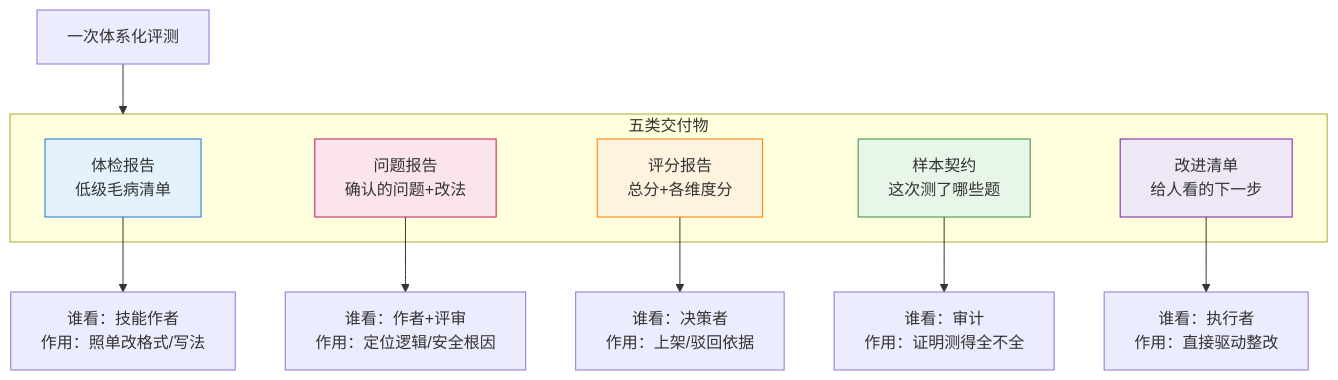
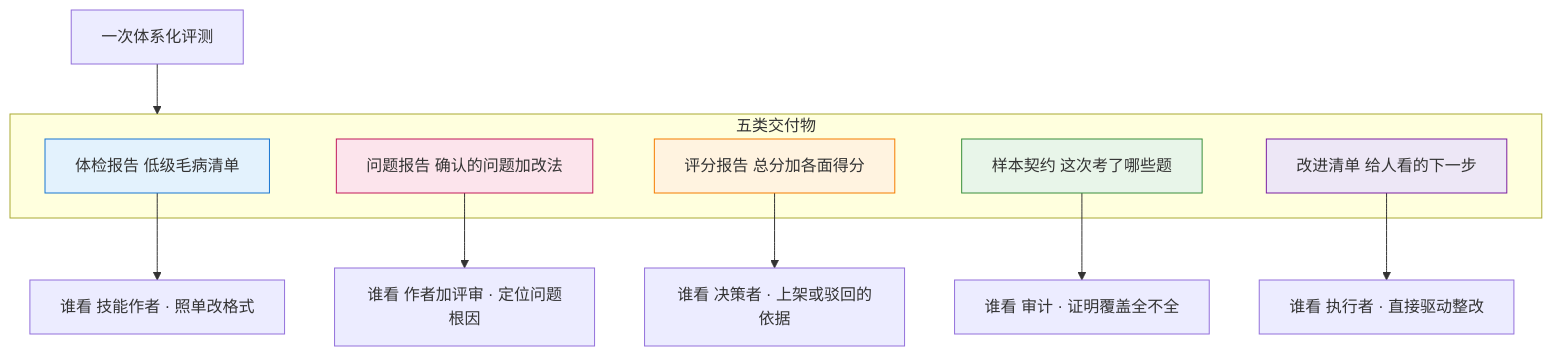
The tenth of 14 diagrams in references/skill-evaluation-system.md (huanggq26/skill-evaluator), drawn with Mermaid before and after one commit. The commit also changed other lines of this file, not shown here.

````diff
--- a/references/skill-evaluation-system.md
+++ b/references/skill-evaluation-system.md
@@ -279,21 +340,21 @@
 ```mermaid
 flowchart TB
     评测[一次体系化评测] --> 产物
     subgraph 产物[五类交付物]
-        P1[体检报告<br/>低级毛病清单]
-        P2[问题报告<br/>确认的问题+改法]
-        P3[评分报告<br/>总分+各维度分]
-        P4[样本契约<br/>这次测了哪些题]
-        P5[改进清单<br/>给人看的下一步]
+        P1[体检报告 低级毛病清单]
+        P2[问题报告 确认的问题加改法]
+        P3[评分报告 总分加各面得分]
+        P4[样本契约 这次考了哪些题]
+        P5[改进清单 给人看的下一步]
     end
-    P1 --> 用1[谁看：技能作者<br/>作用：照单改格式/写法]
-    P2 --> 用2[谁看：作者+评审<br/>作用：定位逻辑/安全根因]
-    P3 --> 用3[谁看：决策者<br/>作用：上架/驳回依据]
-    P4 --> 用4[谁看：审计<br/>作用：证明测得全不全]
-    P5 --> 用5[谁看：执行者<br/>作用：直接驱动整改]
+    P1 --> 用1[谁看 技能作者 · 照单改格式]
+    P2 --> 用2[谁看 作者加评审 · 定位问题根因]
+    P3 --> 用3[谁看 决策者 · 上架或驳回的依据]
+    P4 --> 用4[谁看 审计 · 证明覆盖全不全]
+    P5 --> 用5[谁看 执行者 · 直接驱动整改]
     style P1 fill:#e3f2fd,stroke:#1976d2
     style P2 fill:#fce4ec,stroke:#c2185b
     style P3 fill:#fff3e0,stroke:#f57c00
     style P4 fill:#e8f5e9,stroke:#388e3c
     style P5 fill:#ede7f6,stroke:#7b1fa2
 ```
````
